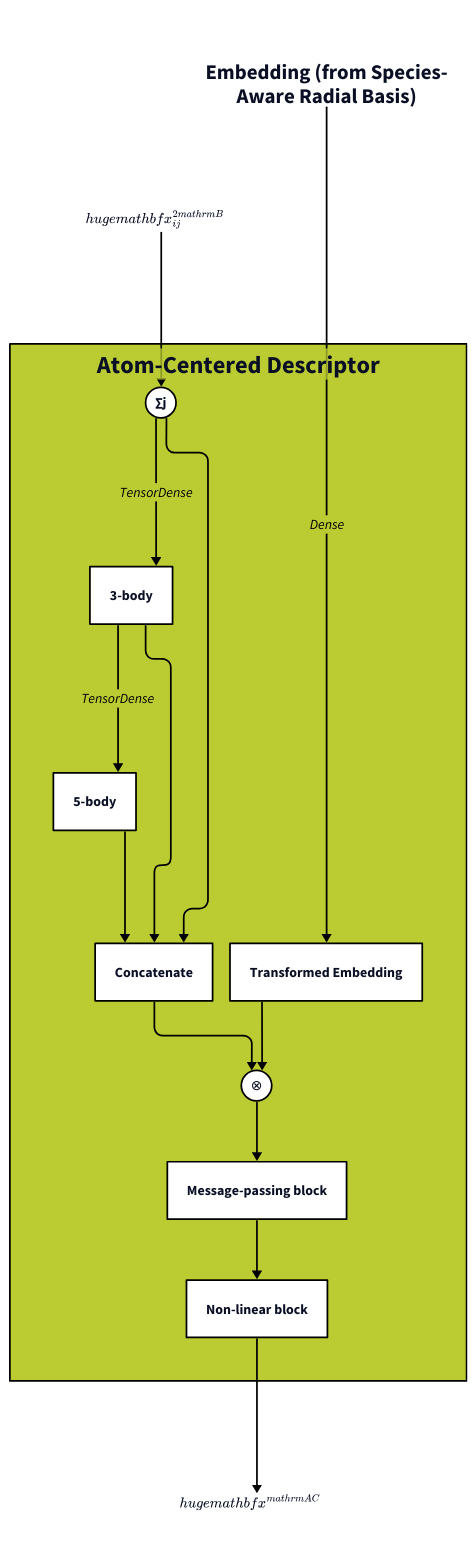
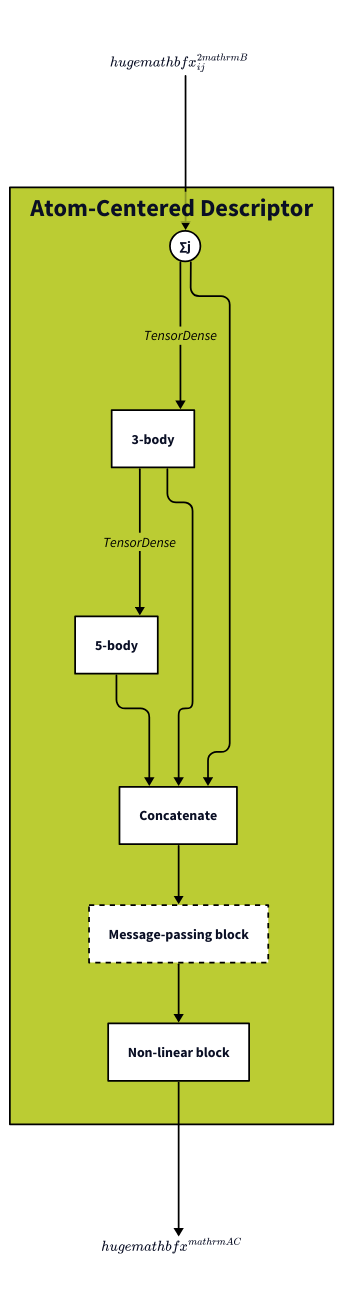
The diagram in architecture_figures/2a_ac.d2 (SamsungDS/gears_h), drawn with D2 before and after one commit. The commit also changed 1 other file, not shown here.

Commit message:
Cleaned up the AC architecture diagrams.

```diff
--- a/architecture_figures/2a_ac.d2
+++ b/architecture_figures/2a_ac.d2
@@ -1,156 +1,158 @@
 # direction: right
 
 # zi: Zi {class: empty}
 # zj: Zj {class: empty}
-sarb_emb: Embedding (from Species-\nAware Radial Basis) {class: empty;label.near: top-center}
+# sarb_emb: Embedding (from Species-\nAware Radial Basis) {class: empty;label.near: top-center}
 # f: "2-body features \{f\}" {class: empty;}#label.near: outside-top-center}
 f: {label: ""
     equation: |latex
         \huge{\mathbf{x}^{2\mathrm{B}}_{ij}}
     |
     class: empty
     label.near: outside-bottom-center
 }
 # acf: "Atom-centered features \{F\}" {class: empty; label.near: outside-top-center}
 acf: {
     label: ""
     class: empty
     equation: |latex
         \huge{\mathbf{x}^{\mathrm{AC}}}
     |
 }
 
 ac: Atom-Centered Descriptor {
     class: ac
     _.f.equation -> sum_j: {style: {stroke: "#000000"; font-color: black}}
     sum_j: ∑j {class: operator}
     sum_j -> 3b: TensorDense {style: {stroke: "#000000"; font-color: black}}
     3b: 3-body {class: in_module}
     5b: 5-body {class: in_module}
     3b -> 5b: TensorDense {style: {stroke: "#000000"; font-color: black}}
     c: Concatenate  {class: in_module}
     sum_j  -> c: {style: {stroke: "#000000"; font-color: black}}
     3b -> c: {style: {stroke: "#000000"; font-color: black}}
     5b -> c: {style: {stroke: "#000000"; font-color: black}}
-    transformed_embedding: Transformed Embedding {class: in_module}
-    p1: ⊗ {class: operator}
-    c -> p1: {style: {stroke: "#000000"; font-color: black}}
-    transformed_embedding -> p1: {style: {stroke: "#000000"; font-color: black}}
+    # transformed_embedding: Transformed Embedding {class: in_module}
+    # p1: ⊗ {class: operator}
+    # c -> p1: {style: {stroke: "#000000"; font-color: black}}
+    c -> mp_block: {style: {stroke: "#000000"; font-color: black}}
+    # transformed_embedding -> p1: {style: {stroke: "#000000"; font-color: black}}
     # p1 -> sum_j: {style: {stroke: "#000000"; font-color: black}}
     mp_block:  Message-passing block {
         class: in_module
+        style: {stroke-dash: 3}
         # direction: right
         # sa: Self-attention {class: in_module}
         # mpln: Layer norm{class: in_module}
         # sa -> mpln: {style: {stroke: "#000000"; font-color: black}}
         # mpln -> sa: x number of message-passing steps {style: {stroke: "#000000"; font-color: black}}
     }
     # sum_j -> mp_block.sa: {style: {stroke: "#000000"; font-color: black}}
-    p1 -> mp_block: {style: {stroke: "#000000"; font-color: black}}
+    # p1 -> mp_block: {style: {stroke: "#000000"; font-color: black}}
     nl_block: Non-linear block {
         class: in_module
         # nld1: Dense {class: in_module}
         # nld2: Dense {class: in_module}
         # nlln: Layer Norm {class: in_module}
         # nlma: Mish Activation {class: in_module}
         # nld1 -> nlln -> nlma -> nld2: {style: {stroke: "#000000"; font-color: black}}
         # nlrescon: ⊕ {class: operator}
         # nld2 -> nlrescon: {style: {stroke: "#000000"; font-color: black}}
     }
     mp_block -> nl_block: {style: {stroke: "#000000"; font-color: black}}
     # transformed_embedding -> nl_block: Residual connection {style: {stroke: "#000000"; font-color: black}}
     # mp_block.mpln -> nl_block.nld1: {style: {stroke: "#000000"; font-color: black}}
     # transformed_embedding -> nl_block.nlrescon: Residual connection {style: {stroke: "#000000"; font-color: black}}
 }
 
 # zi -> sarb_emb: {style: {stroke: "#000000"; font-color: black}}
 # zj -> sarb_emb: {style: {stroke: "#000000"; font-color: black}}
 # f -> ac.sum_j: {style: {stroke: "#000000"; font-color: black}} #ac.3b: TensorDense {style: {stroke: "#000000"; font-color: black}}
 # f -> ac.c: {style: {stroke: "#000000"; font-color: black}}
-sarb_emb -> ac.transformed_embedding: Dense {style: {stroke: "#000000"; font-color: black}}
+# sarb_emb -> ac.transformed_embedding: Dense {style: {stroke: "#000000"; font-color: black}}
 # ac.nl_block.nlrescon -> acf: {style: {stroke: "#000000"; font-color: black}}
 ac.nl_block -> acf.equation: {style: {stroke: "#000000"; font-color: black}}
 
 classes: {
     operator: {shape: circle
                width: 35
                height: 35
                style: {fill: "#FFFFFF"
                        stroke: "#000000"
                     #    font: mono
                       }
     }
     empty: {
             # label: ""
             width: 50
             height: 50
             style: {
                 fill: transparent
                 stroke: transparent
                 font-size: 24
             }
     }
     sarb: {
         style: {
             fill: "#44BB99"
             stroke: "#000000"
         }
     }
     in_module: {
         style: {
             fill: "#FFFFFF"
             stroke: "#000000"
             # opacity: 0.5
         }
     }
     ac: {
         style: {
             fill: "#BBCC33"
             stroke: "#000000"
             bold: true
         }
     }
     bc: {
         style: {
             fill: "#EEDD88"
             stroke: "#000000"
         }
     }
     rd: {
         style: {
             fill: "#EE8866"
             stroke: "#000000"
         }
     }
     ro: {
         style: {
             fill: "#FFAABB"
             stroke: "#000000"
         }
     }
     outs: {
         style: {
             fill: "#DDDDDD"
             stroke: "#000000"
             multiple: true
         }
     }
     input : {
         # label: ""
         width: 50
         height: 50
         style: {
             fill: "#99DDFF"
             stroke: "#000000"
             multiple: true
         }
     }
 }
 
 vars: {
     d2-config: {
       layout-engine: elk
       pad: 10
     #   theme-id: 101
     }
 }
```
